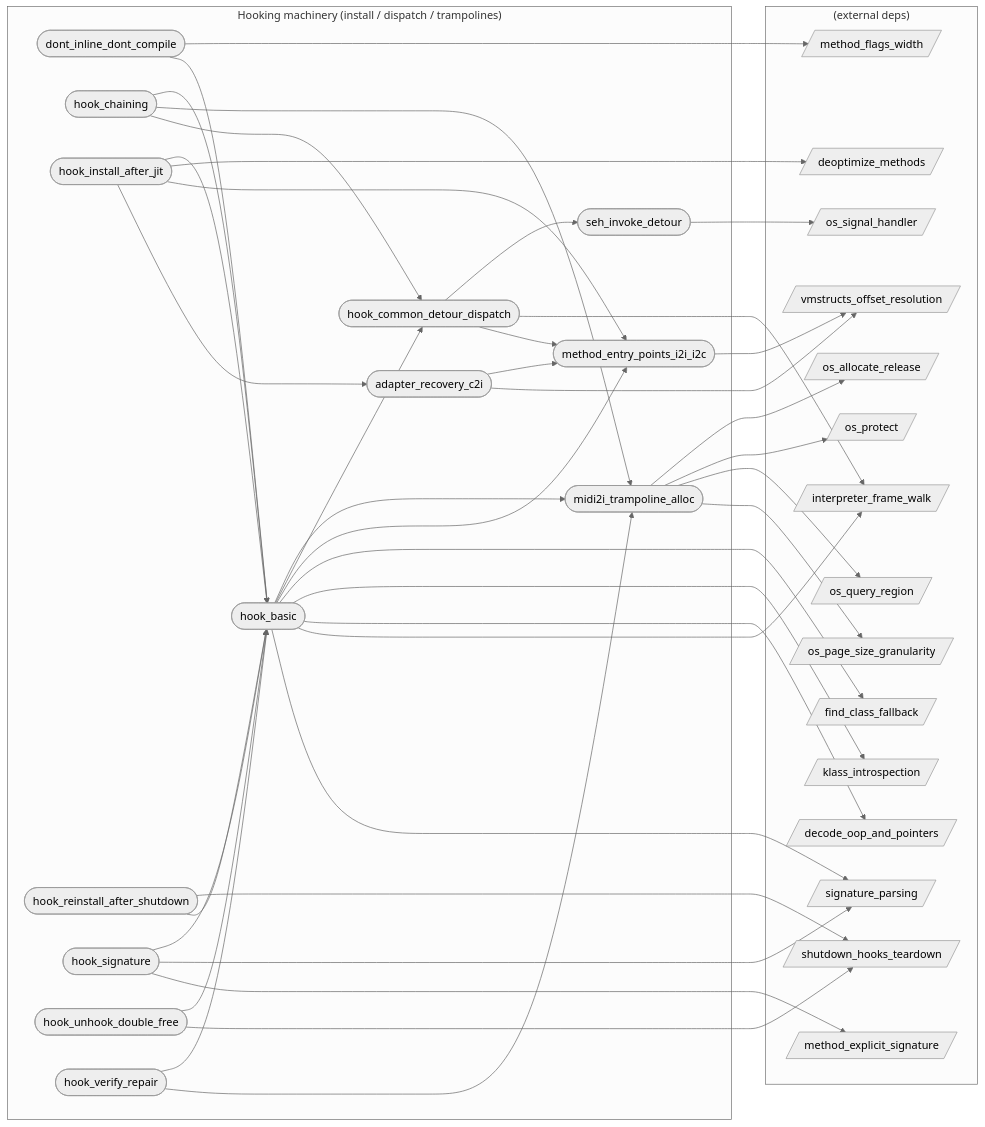
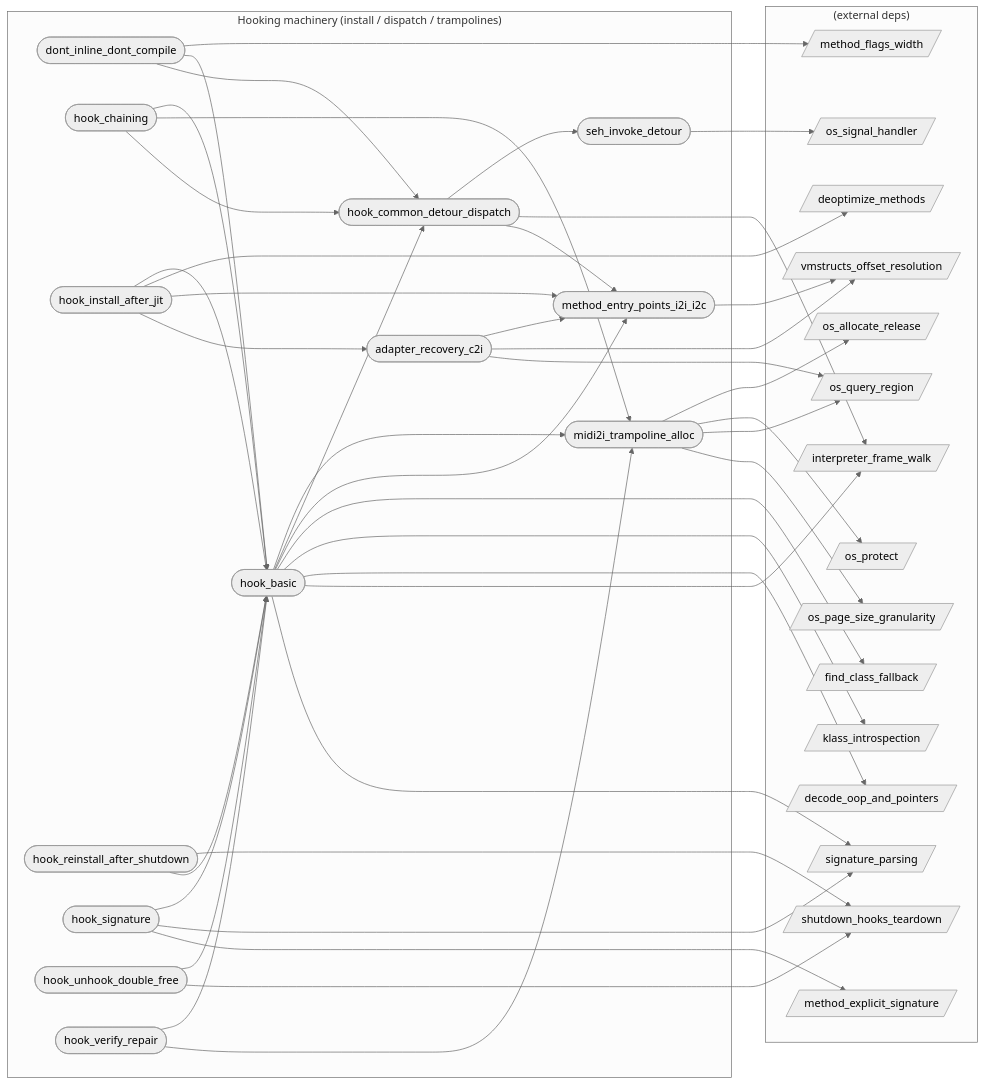
Before and after one commit to xxxnpno/VMHook: the diagram in audit/graph/categories/hook.md, drawn with Mermaid (neutral theme). The commit also changed other lines of this file and 89 other files, not shown here.

````diff
--- a/audit/graph/categories/hook.md
+++ b/audit/graph/categories/hook.md
@@ -30,72 +30,74 @@
 ```mermaid
 flowchart LR
   subgraph hook["Hooking machinery (install / dispatch / trampolines)"]
     adapter_recovery_c2i([adapter_recovery_c2i])
     dont_inline_dont_compile([dont_inline_dont_compile])
     hook_basic([hook_basic])
     hook_chaining([hook_chaining])
     hook_common_detour_dispatch([hook_common_detour_dispatch])
     hook_install_after_jit([hook_install_after_jit])
     hook_reinstall_after_shutdown([hook_reinstall_after_shutdown])
     hook_signature([hook_signature])
     hook_unhook_double_free([hook_unhook_double_free])
     hook_verify_repair([hook_verify_repair])
     method_entry_points_i2i_i2c([method_entry_points_i2i_i2c])
     midi2i_trampoline_alloc([midi2i_trampoline_alloc])
     seh_invoke_detour([seh_invoke_detour])
   end
   subgraph external["(external deps)"]
     decode_oop_and_pointers[/decode_oop_and_pointers/]
     deoptimize_methods[/deoptimize_methods/]
     find_class_fallback[/find_class_fallback/]
     interpreter_frame_walk[/interpreter_frame_walk/]
     klass_introspection[/klass_introspection/]
     method_explicit_signature[/method_explicit_signature/]
     method_flags_width[/method_flags_width/]
     os_allocate_release[/os_allocate_release/]
     os_page_size_granularity[/os_page_size_granularity/]
     os_protect[/os_protect/]
     os_query_region[/os_query_region/]
     os_signal_handler[/os_signal_handler/]
     shutdown_hooks_teardown[/shutdown_hooks_teardown/]
     signature_parsing[/signature_parsing/]
     vmstructs_offset_resolution[/vmstructs_offset_resolution/]
   end
   adapter_recovery_c2i --> method_entry_points_i2i_i2c
   adapter_recovery_c2i --> vmstructs_offset_resolution
+  adapter_recovery_c2i --> os_query_region
   dont_inline_dont_compile --> method_flags_width
   dont_inline_dont_compile --> hook_basic
+  dont_inline_dont_compile --> hook_common_detour_dispatch
   hook_basic --> midi2i_trampoline_alloc
   hook_basic --> hook_common_detour_dispatch
   hook_basic --> method_entry_points_i2i_i2c
   hook_basic --> find_class_fallback
   hook_basic --> klass_introspection
   hook_basic --> decode_oop_and_pointers
   hook_basic --> interpreter_frame_walk
   hook_basic --> signature_parsing
   hook_chaining --> hook_basic
   hook_chaining --> midi2i_trampoline_alloc
   hook_chaining --> hook_common_detour_dispatch
   hook_common_detour_dispatch --> seh_invoke_detour
   hook_common_detour_dispatch --> interpreter_frame_walk
   hook_common_detour_dispatch --> method_entry_points_i2i_i2c
   hook_install_after_jit --> hook_basic
   hook_install_after_jit --> deoptimize_methods
   hook_install_after_jit --> method_entry_points_i2i_i2c
   hook_install_after_jit --> adapter_recovery_c2i
   hook_reinstall_after_shutdown --> shutdown_hooks_teardown
   hook_reinstall_after_shutdown --> hook_basic
   hook_signature --> hook_basic
   hook_signature --> signature_parsing
   hook_signature --> method_explicit_signature
   hook_unhook_double_free --> hook_basic
   hook_unhook_double_free --> shutdown_hooks_teardown
   hook_verify_repair --> hook_basic
   hook_verify_repair --> midi2i_trampoline_alloc
   method_entry_points_i2i_i2c --> vmstructs_offset_resolution
   midi2i_trampoline_alloc --> os_allocate_release
   midi2i_trampoline_alloc --> os_protect
   midi2i_trampoline_alloc --> os_query_region
   midi2i_trampoline_alloc --> os_page_size_granularity
   seh_invoke_detour --> os_signal_handler
 ```
````
